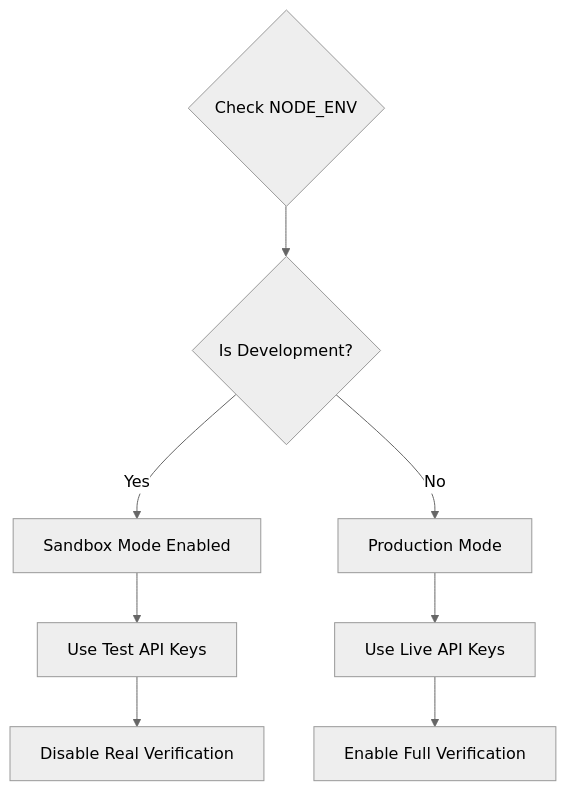
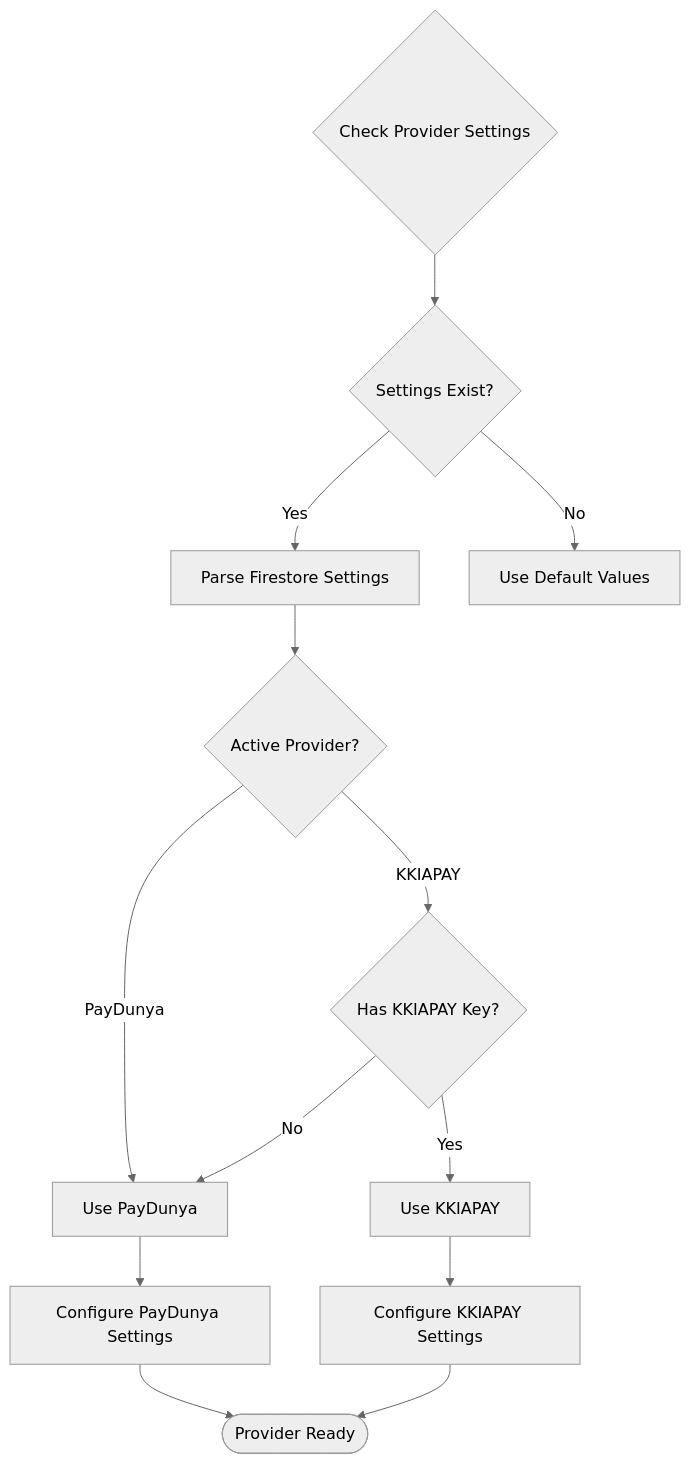
Diagram 12 of 12 in .qoder/repowiki/en/content/Payment System/KKIAPAY Integration.md (alikizang/datafrica), drawn with Mermaid (neutral theme) before and after one commit. The commit also changed other lines of this file and 21 other files, not shown here.

````diff
--- a/.qoder/repowiki/en/content/Payment System/KKIAPAY Integration.md
+++ b/.qoder/repowiki/en/content/Payment System/KKIAPAY Integration.md
@@ -404,10 +641,15 @@
 ```mermaid
 flowchart TD
-CheckEnv{Check NODE_ENV} --> IsDev{Is Development?}
-IsDev --> |Yes| SandboxMode[Sandbox Mode Enabled]
-IsDev --> |No| ProductionMode[Production Mode]
-SandboxMode --> UseTestKeys[Use Test API Keys]
-ProductionMode --> UseLiveKeys[Use Live API Keys]
-UseTestKeys --> DisableVerification[Disable Real Verification]
-UseLiveKeys --> EnableFullVerification[Enable Full Verification]
+CheckEnv{Check Provider Settings} --> HasSettings{Settings Exist?}
+HasSettings --> |Yes| ParseSettings[Parse Firestore Settings]
+HasSettings --> |No| UseDefaults[Use Default Values]
+ParseSettings --> CheckActive{Active Provider?}
+CheckActive --> |PayDunya| UsePayDunya[Use PayDunya]
+CheckActive --> |KKIAPAY| CheckKKIAPAYKey{Has KKIAPAY Key?}
+CheckKKIAPAYKey --> |Yes| UseKKIAPAY[Use KKIAPAY]
+CheckKKIAPAYKey --> |No| UsePayDunya
+UsePayDunya --> ConfigurePayDunya[Configure PayDunya Settings]
+UseKKIAPAY --> ConfigureKKIAPAY[Configure KKIAPAY Settings]
+ConfigurePayDunya --> End([Provider Ready])
+ConfigureKKIAPAY --> End
 ```
````
